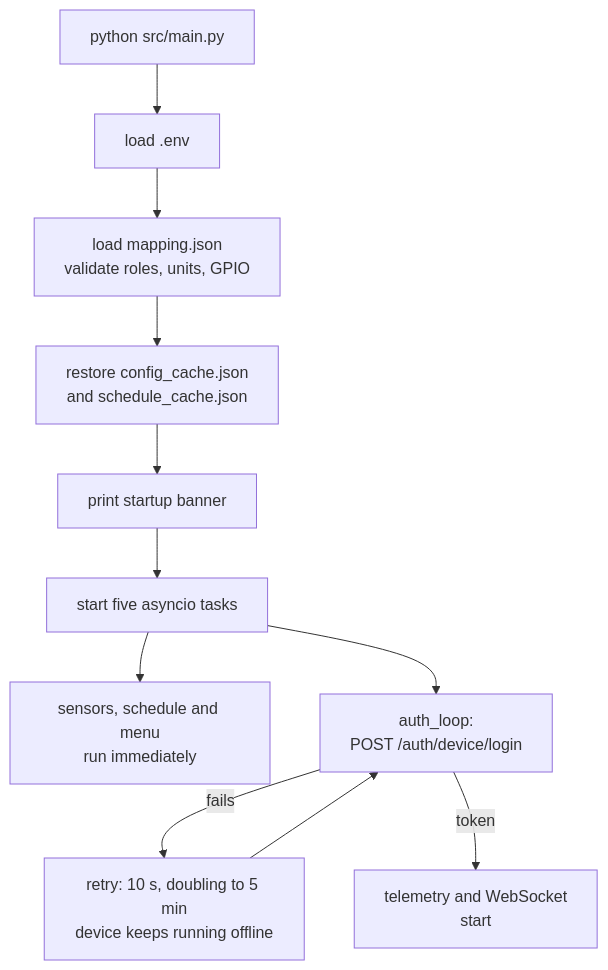
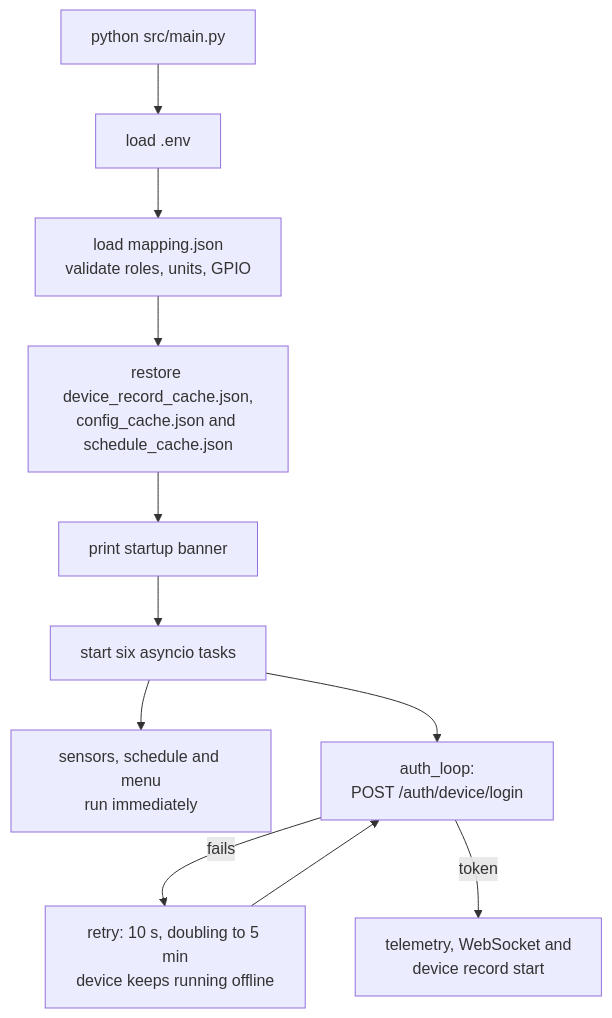
The second of 6 diagrams in README.md (mehrab-ghasemzadeh/boilerRoom-edge), drawn with Mermaid before and after one commit. The commit also changed other lines of this file and 5 other files, not shown here.

````diff
--- a/README.md
+++ b/README.md
@@ -71,14 +72,14 @@
 ```mermaid
 flowchart TD
     A["python src/main.py"] --> B["load .env"]
     B --> C["load mapping.json<br/>validate roles, units, GPIO"]
-    C --> D["restore config_cache.json<br/>and schedule_cache.json"]
+    C --> D["restore device_record_cache.json,<br/>config_cache.json and schedule_cache.json"]
     D --> E["print startup banner"]
-    E --> F["start five asyncio tasks"]
+    E --> F["start six asyncio tasks"]
 
     F --> G["sensors, schedule and menu<br/>run immediately"]
     F --> H["auth_loop:<br/>POST /auth/device/login"]
     H -->|fails| I["retry: 10 s, doubling to 5 min<br/>device keeps running offline"]
     I --> H
-    H -->|token| J["telemetry and WebSocket<br/>start"]
+    H -->|token| J["telemetry, WebSocket and<br/>device record start"]
 ```
````
